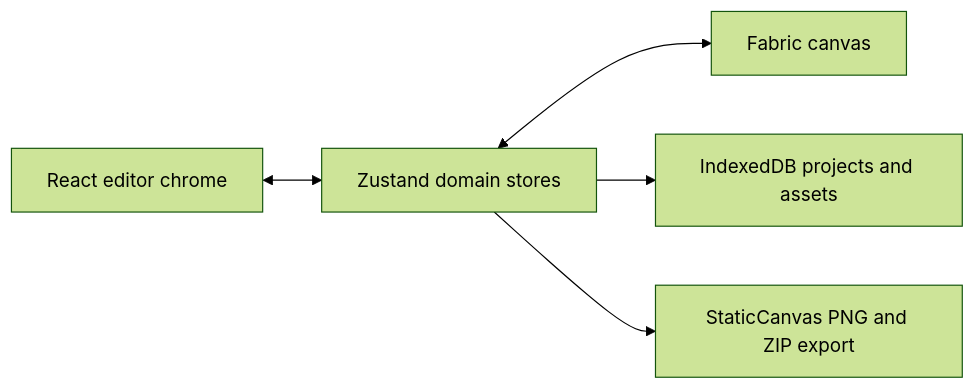
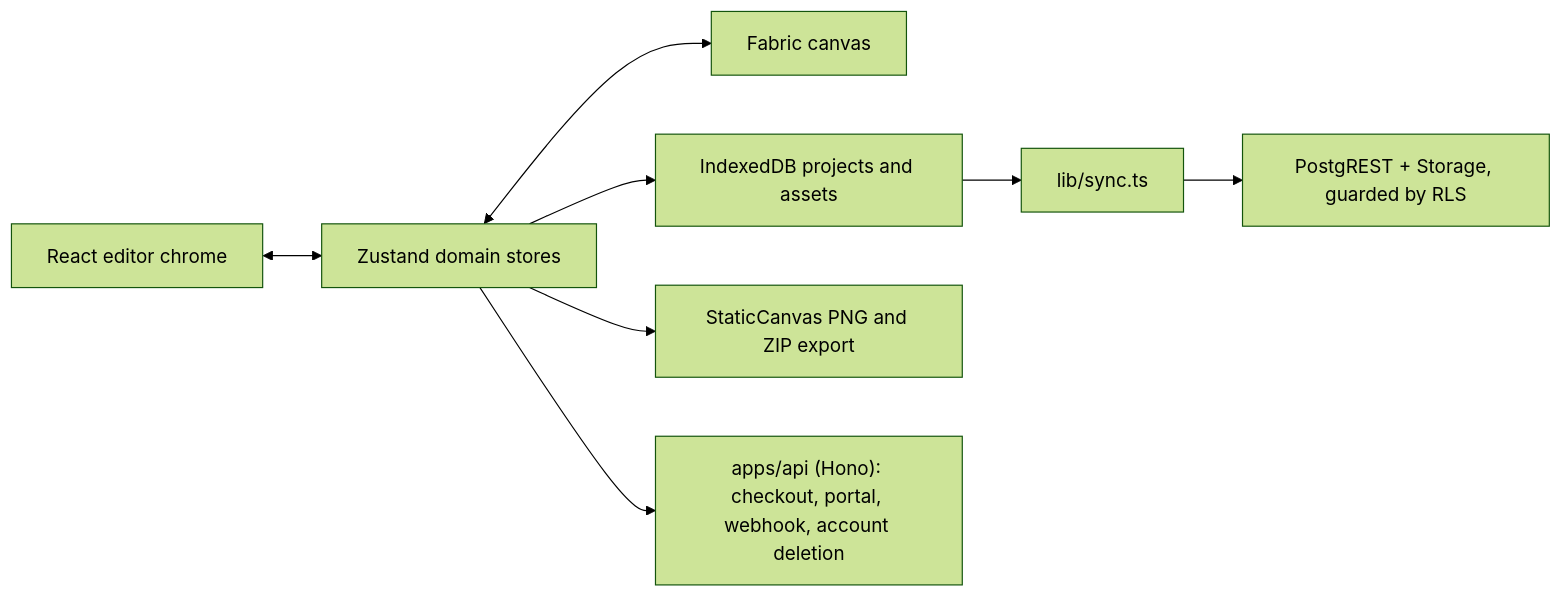
One commit to neogenz/screenforge changed the diagram in aidd_docs/memory/architecture.md. Above: the diagram before and after it, drawn with Mermaid (forest theme). The commit also changed other lines of this file and 5 other files, not shown here.

````diff
--- a/aidd_docs/memory/architecture.md
+++ b/aidd_docs/memory/architecture.md
@@ -11,7 +12,10 @@
 ```mermaid
 flowchart LR
     UI["React editor chrome"] <--> Stores["Zustand domain stores"]
     Stores <--> Canvas["Fabric canvas"]
     Stores --> Storage["IndexedDB projects and assets"]
     Stores --> Export["StaticCanvas PNG and ZIP export"]
+    Storage --> Sync["lib/sync.ts"]
+    Sync --> Supabase["PostgREST + Storage, guarded by RLS"]
+    Stores --> Api["apps/api (Hono): checkout, portal, webhook, account deletion"]
 ```
````
